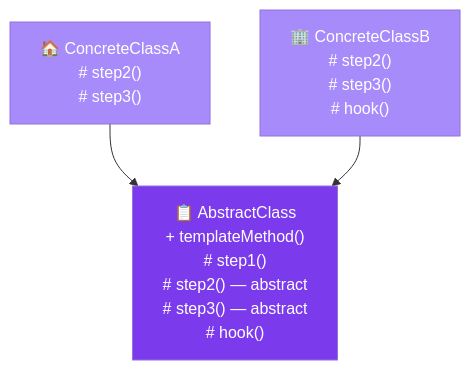
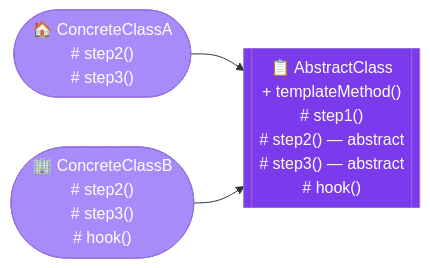
One commit to saivamsikaruturi/vamsilabs-dev-notes-main changed the second of 3 diagrams in docs/designpatterns/behaviouralDesignPatterns/TemplateDp.md. Above: the diagram before and after it, drawn with Mermaid. The commit also changed other lines of this file and 146 other files, not shown here.

Commit message:
Horizontal diagrams, UML class diagrams, typography overhaul, and permalink cleanup

````diff
--- a/docs/designpatterns/behaviouralDesignPatterns/TemplateDp.md
+++ b/docs/designpatterns/behaviouralDesignPatterns/TemplateDp.md
@@ -42,13 +42,13 @@
 ```mermaid
-flowchart TD
-    AbstractClass["📋 AbstractClass\n+ templateMethod()\n# step1()\n# step2() — abstract\n# step3() — abstract\n# hook()"]
-    ConcreteClassA["🏠 ConcreteClassA\n# step2()\n# step3()"]
-    ConcreteClassB["🏢 ConcreteClassB\n# step2()\n# step3()\n# hook()"]
+flowchart LR
+    AbstractClass[["📋 AbstractClass\n+ templateMethod()\n# step1()\n# step2() — abstract\n# step3() — abstract\n# hook()"]]
+    ConcreteClassA(["🏠 ConcreteClassA\n# step2()\n# step3()"])
+    ConcreteClassB(["🏢 ConcreteClassB\n# step2()\n# step3()\n# hook()"])
 
     ConcreteClassA --> AbstractClass
     ConcreteClassB --> AbstractClass
 
     style AbstractClass fill:#7c3aed,color:#fff
     style ConcreteClassA fill:#a78bfa,color:#fff
     style ConcreteClassB fill:#a78bfa,color:#fff
 ```
````
